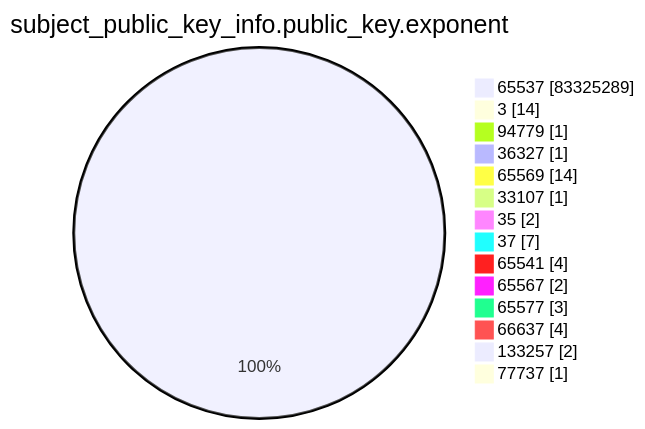
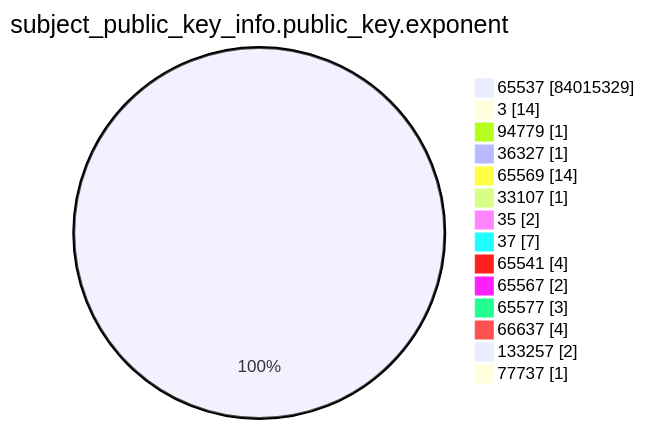
Before and after one commit to christiankrug/ctmonitor_visualization: the fourth of 15 diagrams in argon2023/README.md, drawn with Mermaid. The commit also changed other lines of this file, not shown here.

````diff
--- a/argon2023/README.md
+++ b/argon2023/README.md
@@ -1246,18 +1248,18 @@
 ```mermaid
 pie showData
 title subject_public_key_info.public_key.exponent
-"65537" :83325289
+"65537" :84015329
 "3" :14
 "94779" :1
 "36327" :1
 "65569" :14
 "33107" :1
 "35" :2
 "37" :7
 "65541" :4
 "65567" :2
 "65577" :3
 "66637" :4
 "133257" :2
 "77737" :1
 ```
````
